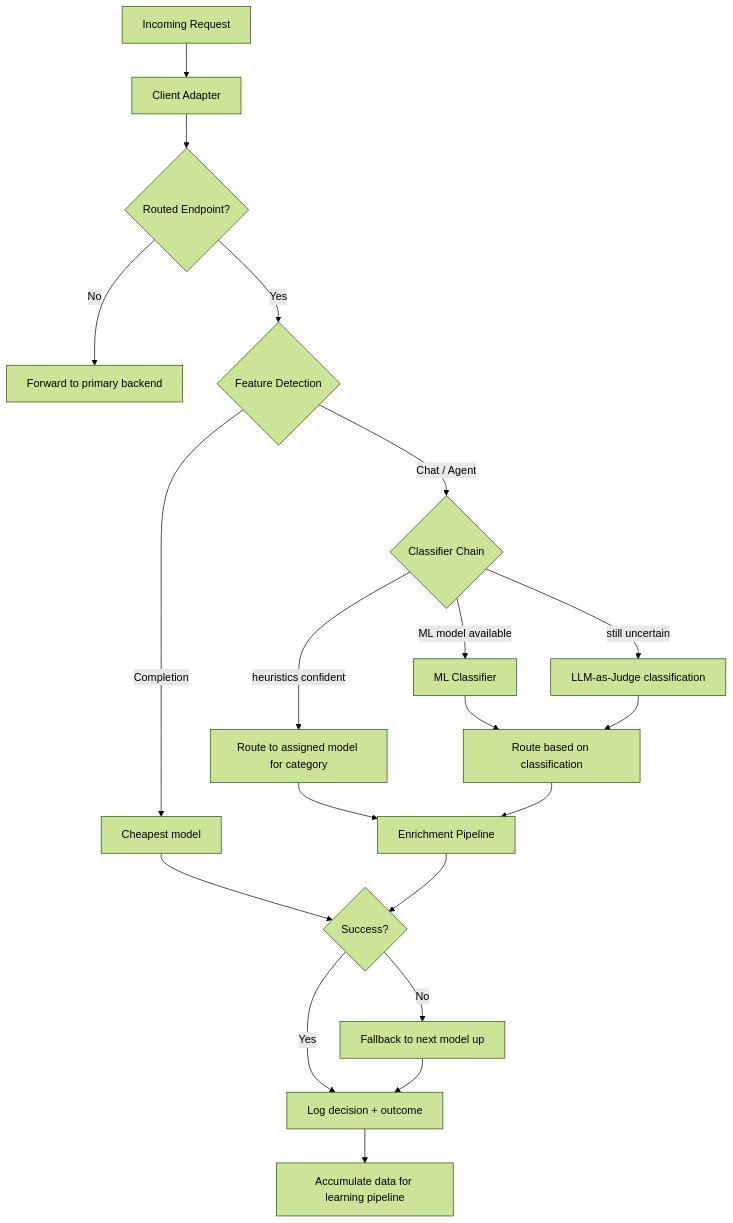
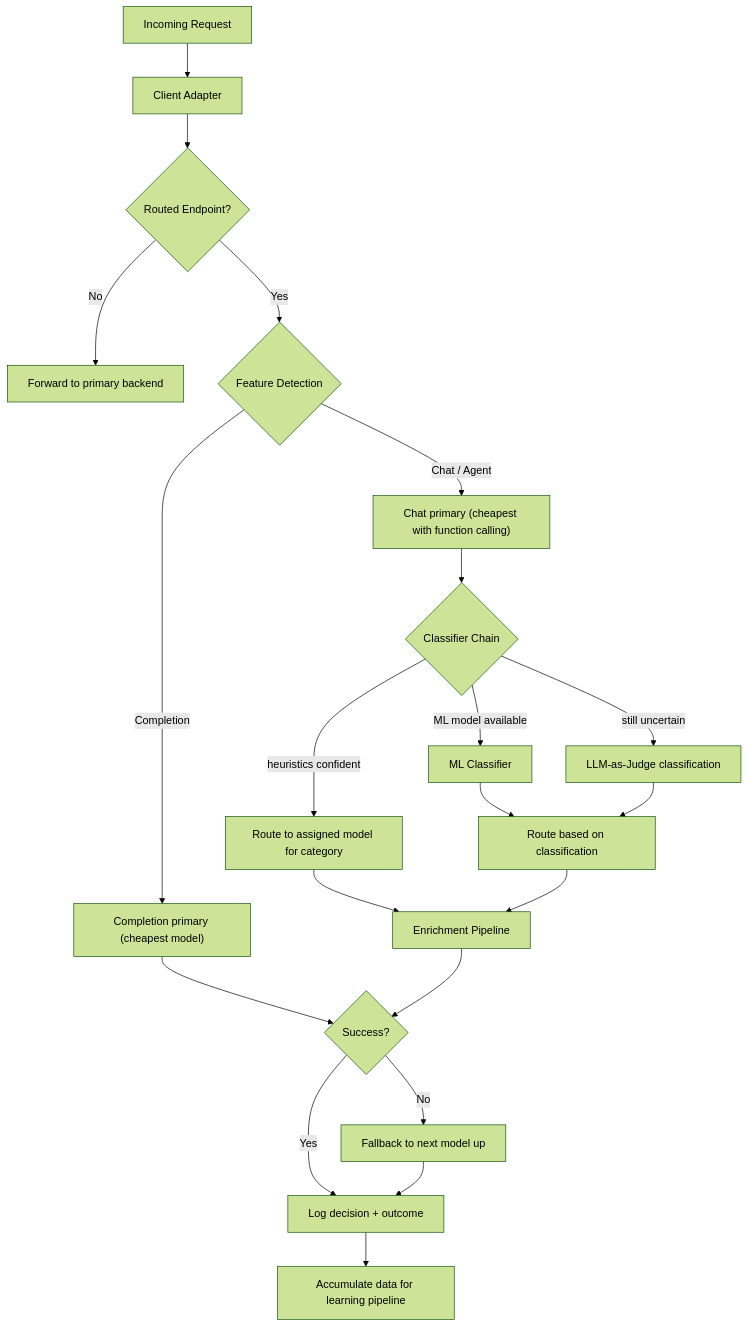
One commit to thsfranca/rex changed the second of 6 diagrams in ARCHITECTURE.md. Above: the diagram before and after it, drawn with Mermaid (forest theme). The commit also changed other lines of this file and 3 other files, not shown here.

First line of the commit message:
Add two-tier primary routing design to roadmap and architecture docs

````diff
--- a/ARCHITECTURE.md
+++ b/ARCHITECTURE.md
@@ -115,22 +116,23 @@
 ```mermaid
 flowchart TD
     Request[Incoming Request] --> ClientAdapter[Client Adapter]
     ClientAdapter --> EndpointCheck{Routed Endpoint?}
     EndpointCheck -->|No| Passthrough[Forward to primary backend]
     EndpointCheck -->|Yes| FeatureDetect{Feature Detection}
-    FeatureDetect -->|Completion| FastPath[Cheapest model]
-    FeatureDetect -->|Chat / Agent| ClassifierChain{Classifier Chain}
+    FeatureDetect -->|Completion| CompletionPrimary["Completion primary (cheapest model)"]
+    FeatureDetect -->|Chat / Agent| ChatPrimary["Chat primary (cheapest with function calling)"]
+    ChatPrimary --> ClassifierChain{Classifier Chain}
     ClassifierChain -->|heuristics confident| RouteDirectly[Route to assigned model for category]
     ClassifierChain -->|ML model available| MLClassify[ML Classifier]
     ClassifierChain -->|still uncertain| LLMJudge[LLM-as-Judge classification]
     MLClassify --> RouteClassified[Route based on classification]
     LLMJudge --> RouteClassified
-    FastPath --> Fallback{Success?}
+    CompletionPrimary --> Fallback{Success?}
     RouteDirectly --> Enrichment[Enrichment Pipeline]
     RouteClassified --> Enrichment
     Enrichment --> Fallback{Success?}
     Fallback -->|Yes| Log[Log decision + outcome]
     Fallback -->|No| Escalate[Fallback to next model up]
     Escalate --> Log
     Log --> FeedbackData[Accumulate data for learning pipeline]
 ```
````
